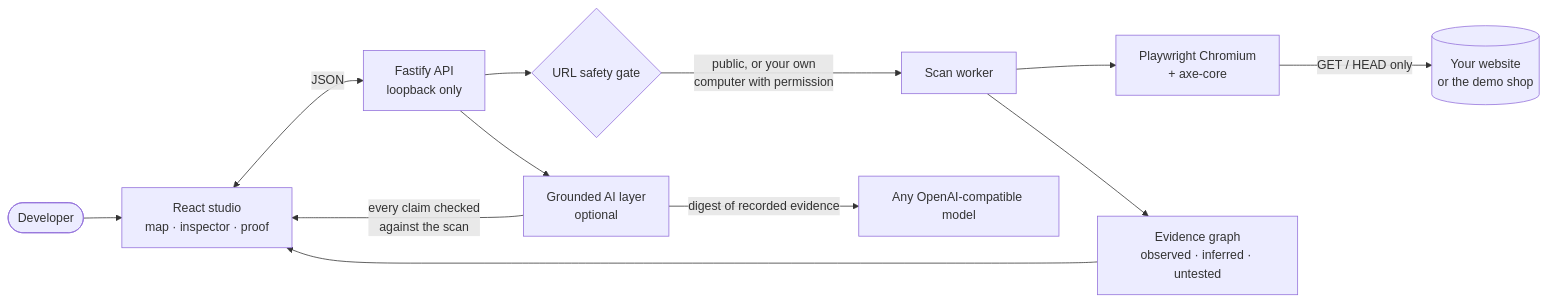
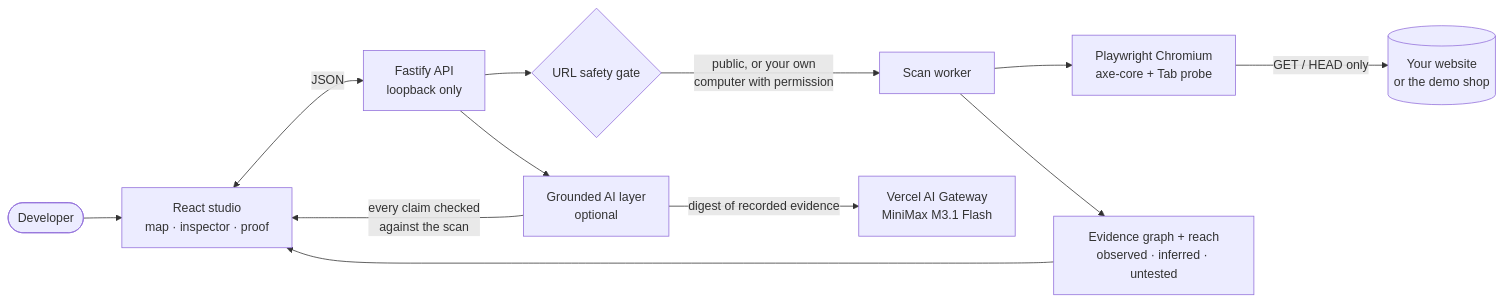
Before and after one commit to joyboyreturns/Access-Ripple: the first of 3 diagrams in README.md, drawn with Mermaid. The commit also changed other lines of this file and 755 other files, not shown here.

````diff
--- a/README.md
+++ b/README.md
@@ -50,14 +87,14 @@
 ```mermaid
 flowchart LR
     Dev(["Developer"]) --> Studio["React studio<br/>map · inspector · proof"]
     Studio <-->|"JSON"| API["Fastify API<br/>loopback only"]
     API --> Gate{"URL safety gate"}
     Gate -->|"public, or your own<br/>computer with permission"| Worker["Scan worker"]
-    Worker --> Chrome["Playwright Chromium<br/>+ axe-core"]
+    Worker --> Chrome["Playwright Chromium<br/>axe-core + Tab probe"]
     Chrome -->|"GET / HEAD only"| Site[("Your website<br/>or the demo shop")]
-    Worker --> Graph["Evidence graph<br/>observed · inferred · untested"]
+    Worker --> Graph["Evidence graph + reach<br/>observed · inferred · untested"]
     Graph --> Studio
     API --> AI["Grounded AI layer<br/>optional"]
-    AI -->|"digest of recorded evidence"| LLM["Any OpenAI-compatible model"]
+    AI -->|"digest of recorded evidence"| LLM["Vercel AI Gateway<br/>MiniMax M3.1 Flash"]
     AI -->|"every claim checked<br/>against the scan"| Studio
 ```
````
